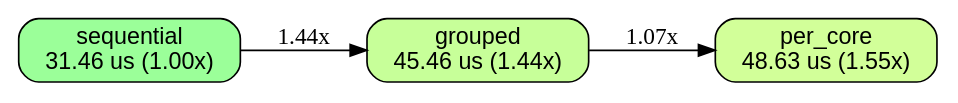
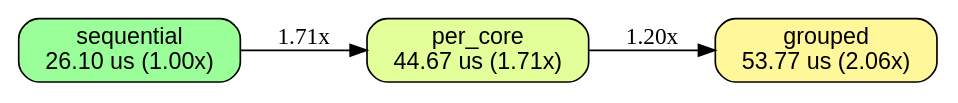
One commit to orgrinrt/hilavitkutin changed the diagram in docs/BENCHES.accumulator_grouped.w4_g8_n4096.linux-x86_64-c4-container-intel.dot. Above: the diagram before and after it, drawn with Graphviz. The commit also changed 36 other files, not shown here.

```diff
--- a/docs/BENCHES.accumulator_grouped.w4_g8_n4096.linux-x86_64-c4-container-intel.dot
+++ b/docs/BENCHES.accumulator_grouped.w4_g8_n4096.linux-x86_64-c4-container-intel.dot
@@ -1,16 +1,16 @@
 // AUTO-GENERATED: DO NOT EDIT DIRECTLY
 //
 // Generated by: mockspace (mock)
-// Generated at: 2026-11-19T21:47:04Z
+// Generated at: 2026-11-19T22:15:46Z
 // Source: mock/
 // To regenerate: cargo mock
 
 digraph "accumulator_grouped/w4_g8_n4096 on linux-x86_64-c4-container-intel" {
   rankdir=LR;
   node [shape=box, style="rounded,filled", fontname="Helvetica"];
-  v0 [label="sequential\n31.46 us (1.00x)", fillcolor="0.330 0.4 1.0"];
-  v1 [label="grouped\n45.46 us (1.44x)", fillcolor="0.257 0.4 1.0"];
-  v2 [label="per_core\n48.63 us (1.55x)", fillcolor="0.240 0.4 1.0"];
-  v0 -> v1 [label="1.44x"];
-  v1 -> v2 [label="1.07x"];
+  v0 [label="sequential\n26.10 us (1.00x)", fillcolor="0.330 0.4 1.0"];
+  v1 [label="per_core\n44.67 us (1.71x)", fillcolor="0.213 0.4 1.0"];
+  v2 [label="grouped\n53.77 us (2.06x)", fillcolor="0.155 0.4 1.0"];
+  v0 -> v1 [label="1.71x"];
+  v1 -> v2 [label="1.20x"];
 }
```
